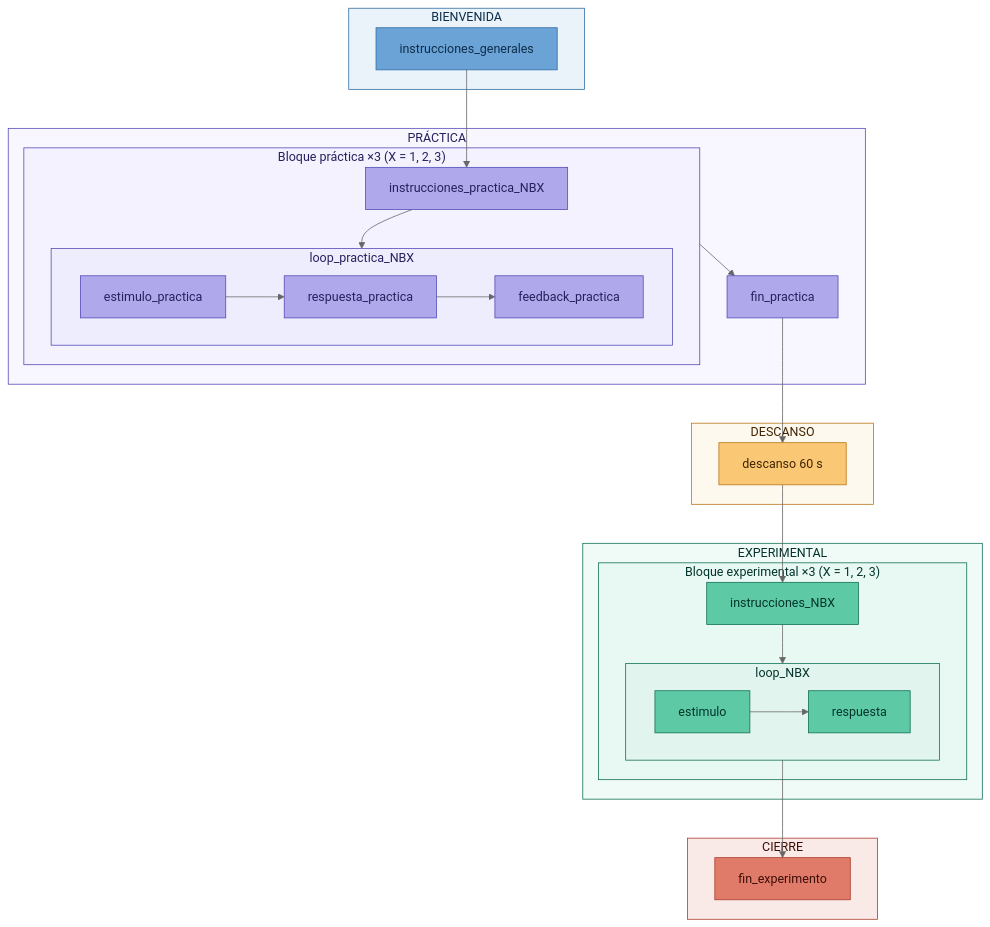
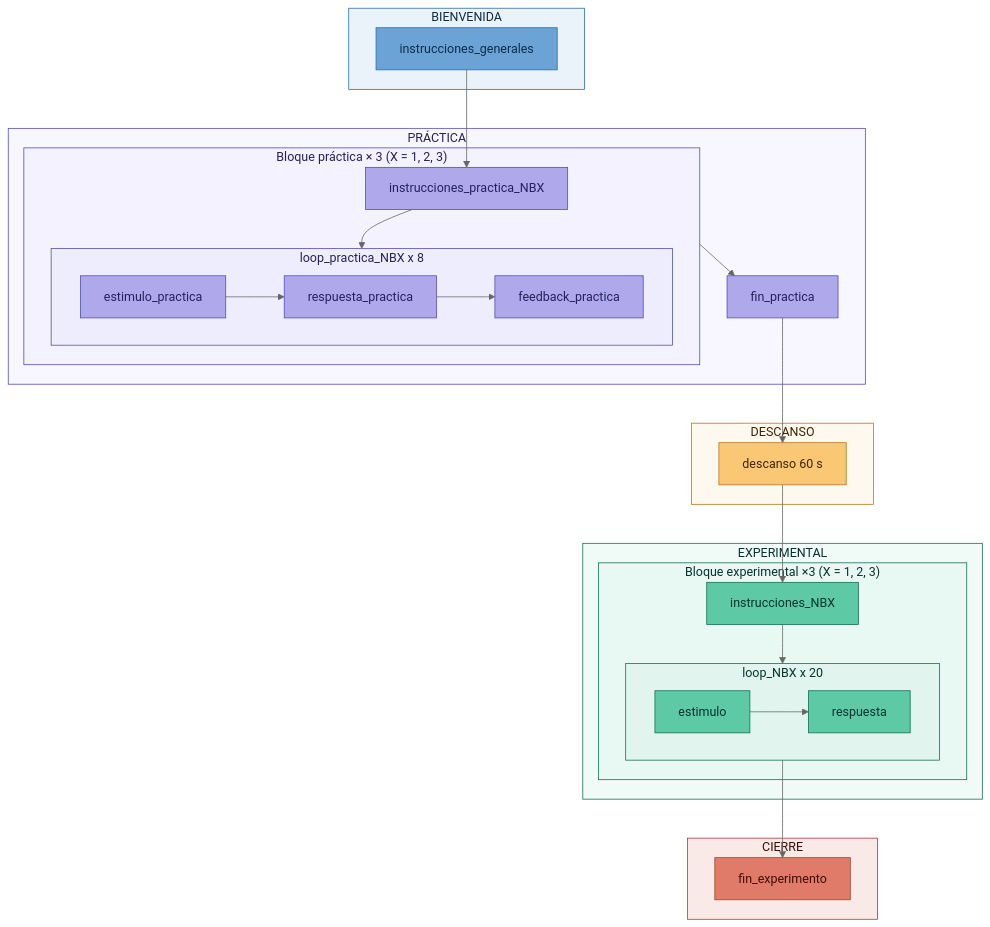
One commit to mlandaf/taller_3_memoria changed the diagram in readme.md. Above: the diagram before and after it, drawn with Mermaid (neutral theme). The commit also changed 1 other file, not shown here.

Commit message:
cambios finales docs

````diff
--- a/readme.md
+++ b/readme.md
@@ -73,58 +73,58 @@
 ```mermaid
 flowchart TD
     subgraph SB[BIENVENIDA]
         A[instrucciones_generales]
     end
     subgraph SP[PRÁCTICA]
-        subgraph BLK_P["Bloque práctica ×3 (X = 1, 2, 3)"]
+        subgraph BLK_P["Bloque práctica × 3 (X = 1, 2, 3)"]
             B[instrucciones_practica_NBX]
             B --> LP
-            subgraph LP[loop_practica_NBX]
+            subgraph LP[loop_practica_NBX x 8]
                 P1[estimulo_practica] --> P2[respuesta_practica]
                 P2 --> P3[feedback_practica]
             end
         end
         BLK_P --> C[fin_practica]
     end
     subgraph SD[DESCANSO]
         D[descanso 60 s]
     end
     subgraph SE[EXPERIMENTAL]
         subgraph BLK_E["Bloque experimental ×3 (X = 1, 2, 3)"]
             E[instrucciones_NBX]
             E --> LE
-            subgraph LE[loop_NBX]
+            subgraph LE[loop_NBX x 20]
                 E1[estimulo] --> E2[respuesta]
             end
         end
     end
     subgraph SC[CIERRE]
         F[fin_experimento]
     end
 
     A --> B
     C --> D
     D --> E
     LE --> F
 
     style A    fill:#6BA3D6,stroke:#2E6DA4,color:#0D2E4A
     style F    fill:#E07B6A,stroke:#A83D2B,color:#3D0E07
     style D    fill:#FAC775,stroke:#BA7517,color:#412402
     style B    fill:#AFA9EC,stroke:#534AB7,color:#26215C
     style C    fill:#AFA9EC,stroke:#534AB7,color:#26215C
     style P1   fill:#AFA9EC,stroke:#534AB7,color:#26215C
     style P2   fill:#AFA9EC,stroke:#534AB7,color:#26215C
     style P3   fill:#AFA9EC,stroke:#534AB7,color:#26215C
     style LP   fill:#EEEDFE,stroke:#534AB7,color:#26215C
     style BLK_P fill:#F3F2FE,stroke:#534AB7,color:#26215C
     style E    fill:#5DCAA5,stroke:#0F6E56,color:#04342C
     style E1   fill:#5DCAA5,stroke:#0F6E56,color:#04342C
     style E2   fill:#5DCAA5,stroke:#0F6E56,color:#04342C
     style LE   fill:#E1F5EE,stroke:#0F6E56,color:#04342C
     style BLK_E fill:#E8F8F3,stroke:#0F6E56,color:#04342C
     style SB   fill:#EBF3FA,stroke:#2E6DA4,color:#0D2E4A
     style SP   fill:#F8F7FF,stroke:#534AB7,color:#26215C
     style SD   fill:#FEF9EE,stroke:#BA7517,color:#412402
     style SE   fill:#F0FAF6,stroke:#0F6E56,color:#04342C
     style SC   fill:#FAEAE7,stroke:#A83D2B,color:#3D0E07
 ```
````
